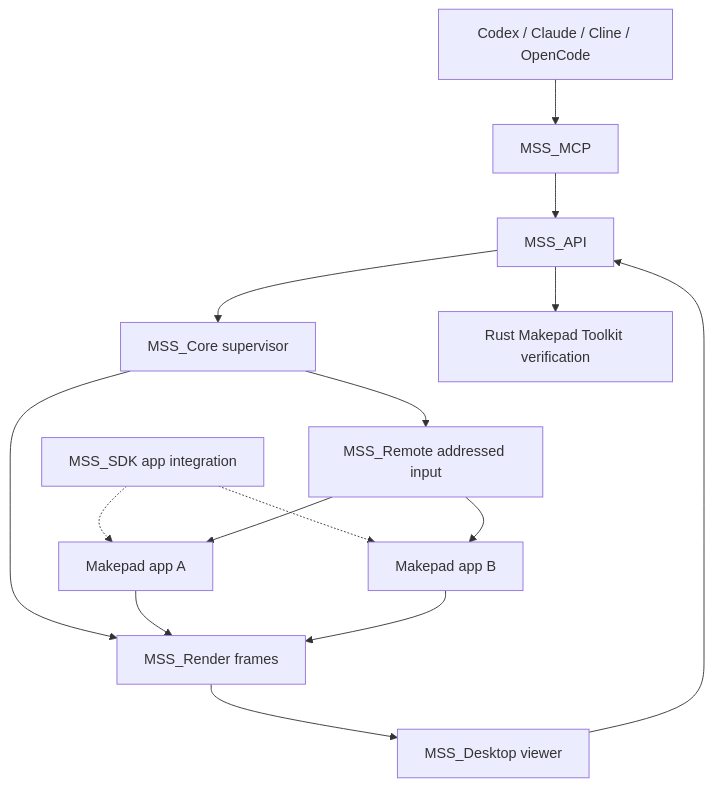
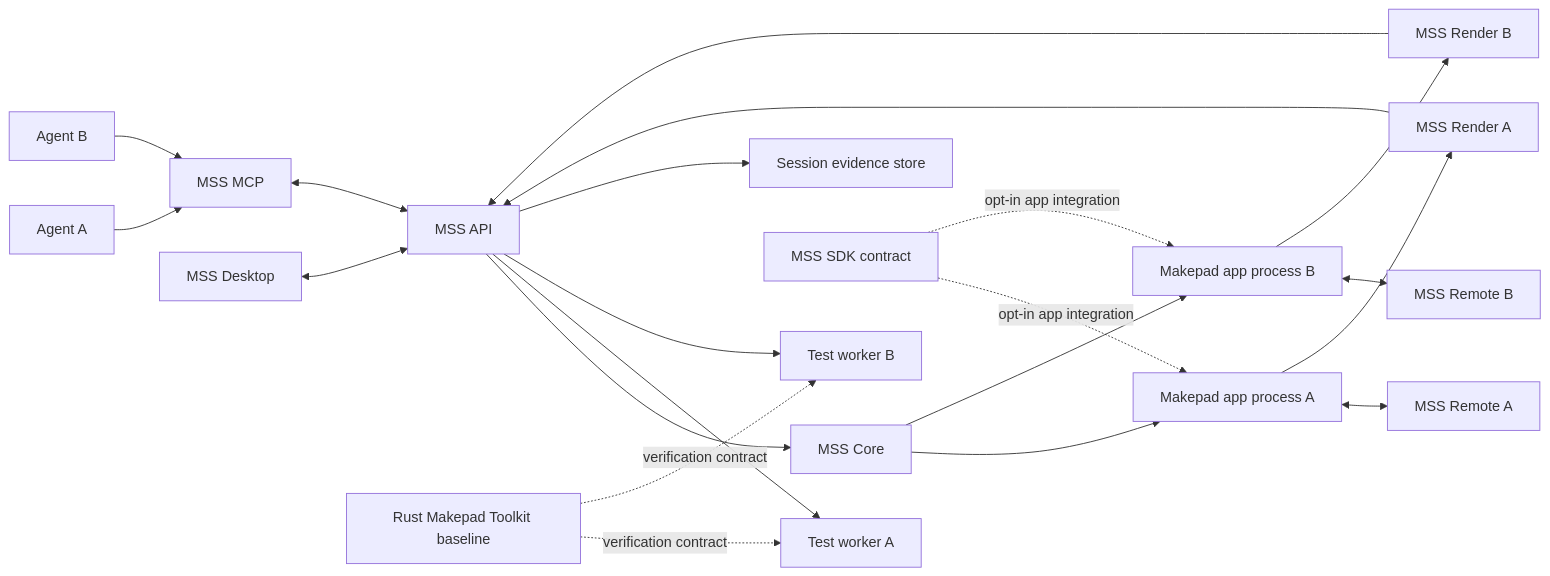
One commit to paulgreenbox-beep/makepad-sandstudio changed the first of 7 diagrams in doc/maps.md. Above: the diagram before and after it, drawn with Mermaid. The commit also changed other lines of this file and 16 other files, not shown here.

Commit message:
Document MSS architecture and Toolkit parity

````diff
--- a/doc/maps.md
+++ b/doc/maps.md
@@ -6,17 +7,23 @@
-```mermaid
-flowchart TB
-  Agents["Codex / Claude / Cline / OpenCode"] --> MCP["MSS_MCP"]
-  Desktop["MSS_Desktop viewer"] --> API["MSS_API"]
-  MCP --> API
-  API --> Core["MSS_Core supervisor"]
-  API --> Toolkit["Rust Makepad Toolkit verification"]
-  Core --> Remote["MSS_Remote addressed input"]
-  Core --> Render["MSS_Render frames"]
-  SDK["MSS_SDK app integration"] -.-> A["Makepad app A"]
-  SDK -.-> B["Makepad app B"]
-  Remote --> A
-  Remote --> B
-  A --> Render
-  B --> Render
-  Render --> Desktop
-```
+~~~mermaid
+flowchart LR
+  AgentA[Agent A] --> MCP[MSS MCP]
+  AgentB[Agent B] --> MCP
+  Desktop[MSS Desktop] <--> API[MSS API]
+  MCP <--> API
+  API --> Core[MSS Core]
+  Core --> AppA[Makepad app process A]
+  Core --> AppB[Makepad app process B]
+  API --> WorkerA[Test worker A]
+  API --> WorkerB[Test worker B]
+  AppA <--> RemoteA[MSS Remote A]
+  AppB <--> RemoteB[MSS Remote B]
+  AppA --> RenderA[MSS Render A]
+  AppB --> RenderB[MSS Render B]
+  RenderA --> API
+  RenderB --> API
+  SDK[MSS SDK contract] -. opt-in app integration .-> AppA
+  SDK -. opt-in app integration .-> AppB
+  API --> Evidence[Session evidence store]
+  Toolkit[Rust Makepad Toolkit baseline] -. verification contract .-> WorkerA
+  Toolkit -. verification contract .-> WorkerB
+~~~
````
